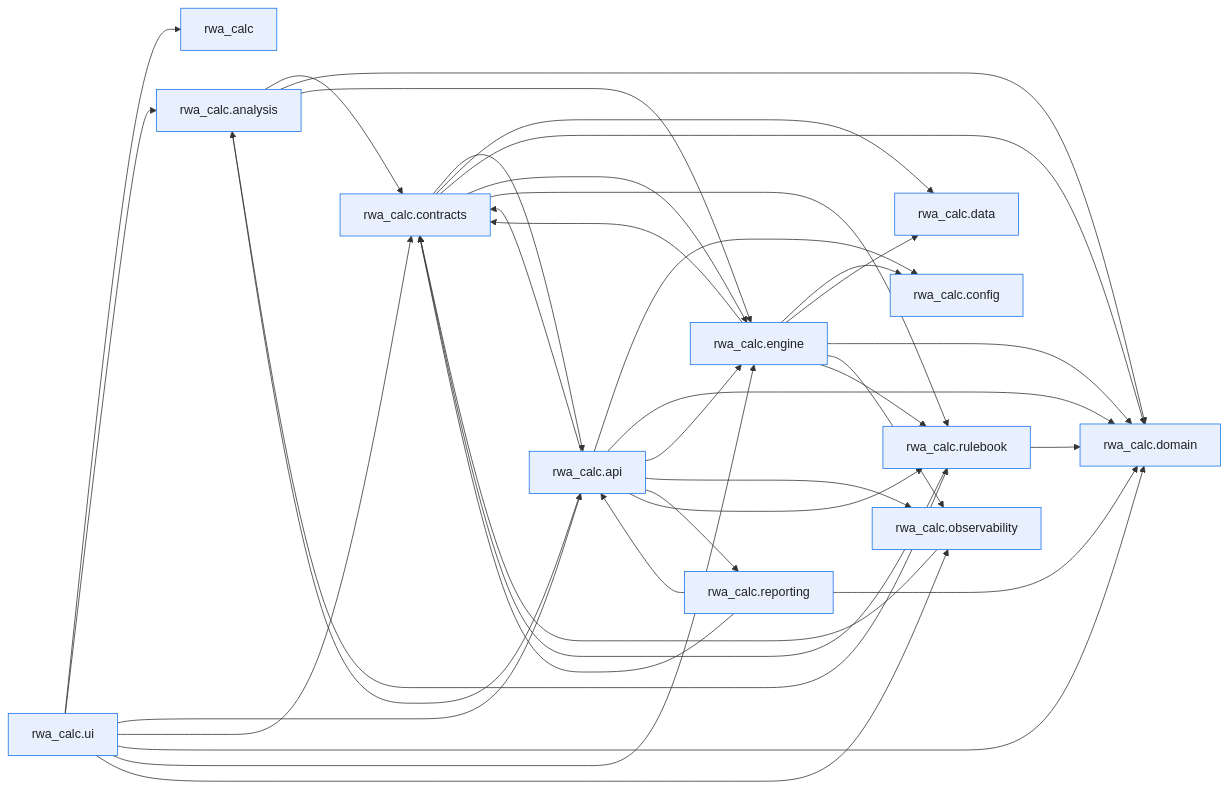
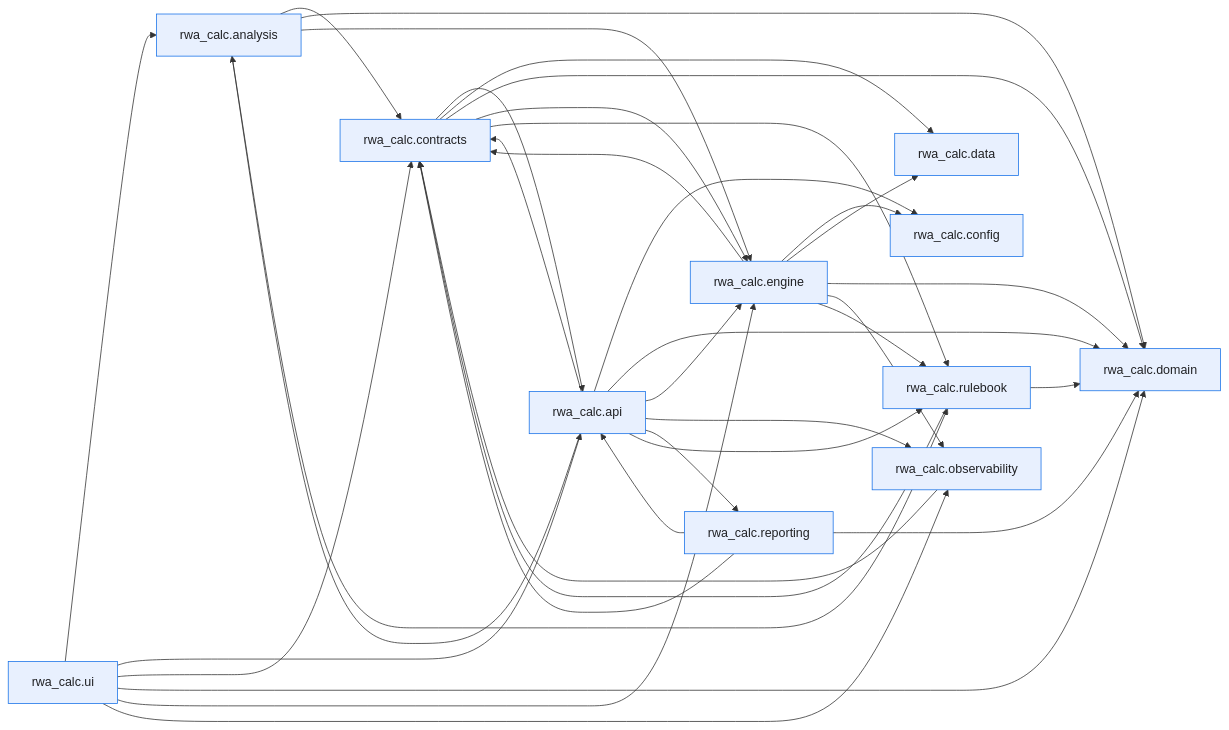
The first of 2 diagrams in docs/development/module-dependencies.md (OpenAfterHours/rwa_calculator), drawn with Mermaid before and after one commit. The commit also changed other lines of this file and 7 other files, not shown here.

````diff
--- a/docs/development/module-dependencies.md
+++ b/docs/development/module-dependencies.md
@@ -27,53 +27,51 @@
 ```mermaid
 flowchart LR
-    p0["rwa_calc"]
-    p1["rwa_calc.analysis"]
-    p2["rwa_calc.api"]
-    p3["rwa_calc.config"]
-    p4["rwa_calc.contracts"]
-    p5["rwa_calc.data"]
-    p6["rwa_calc.domain"]
-    p7["rwa_calc.engine"]
-    p8["rwa_calc.observability"]
-    p9["rwa_calc.reporting"]
-    p10["rwa_calc.rulebook"]
-    p11["rwa_calc.ui"]
-    p1 --> p4
+    p0["rwa_calc.analysis"]
+    p1["rwa_calc.api"]
+    p2["rwa_calc.config"]
+    p3["rwa_calc.contracts"]
+    p4["rwa_calc.data"]
+    p5["rwa_calc.domain"]
+    p6["rwa_calc.engine"]
+    p7["rwa_calc.observability"]
+    p8["rwa_calc.reporting"]
+    p9["rwa_calc.rulebook"]
+    p10["rwa_calc.ui"]
+    p0 --> p3
+    p0 --> p5
+    p0 --> p6
+    p0 --> p9
+    p1 --> p0
+    p1 --> p2
+    p1 --> p3
+    p1 --> p5
     p1 --> p6
     p1 --> p7
-    p1 --> p10
-    p2 --> p1
-    p2 --> p3
-    p2 --> p4
-    p2 --> p6
-    p2 --> p7
-    p2 --> p8
-    p2 --> p9
-    p2 --> p10
-    p4 --> p2
-    p4 --> p5
-    p4 --> p6
-    p4 --> p7
-    p4 --> p10
+    p1 --> p8
+    p1 --> p9
+    p3 --> p1
+    p3 --> p4
+    p3 --> p5
+    p3 --> p6
+    p3 --> p9
+    p6 --> p2
+    p6 --> p3
+    p6 --> p4
+    p6 --> p5
+    p6 --> p7
+    p6 --> p9
     p7 --> p3
-    p7 --> p4
-    p7 --> p5
-    p7 --> p6
-    p7 --> p8
-    p7 --> p10
-    p8 --> p4
-    p9 --> p2
-    p9 --> p4
-    p9 --> p6
-    p10 --> p4
+    p8 --> p1
+    p8 --> p3
+    p8 --> p5
+    p9 --> p3
+    p9 --> p5
+    p10 --> p0
+    p10 --> p1
+    p10 --> p3
+    p10 --> p5
     p10 --> p6
-    p11 --> p0
-    p11 --> p1
-    p11 --> p2
-    p11 --> p4
-    p11 --> p6
-    p11 --> p7
-    p11 --> p8
+    p10 --> p7
     classDef first_party fill:#e8f0fe,stroke:#1a73e8,color:#202124
-    class p0,p1,p2,p3,p4,p5,p6,p7,p8,p9,p10,p11 first_party
+    class p0,p1,p2,p3,p4,p5,p6,p7,p8,p9,p10 first_party
 ```
````
